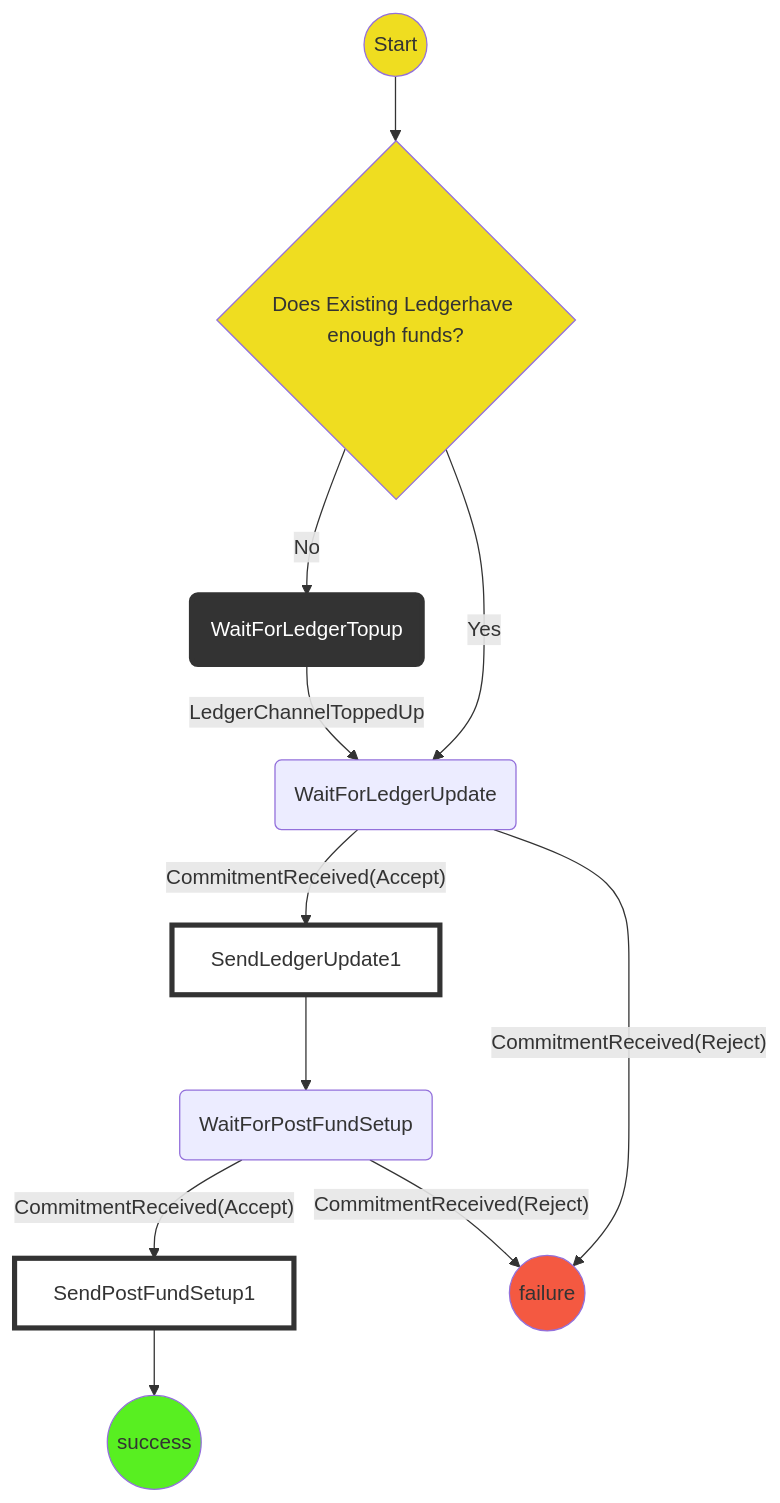
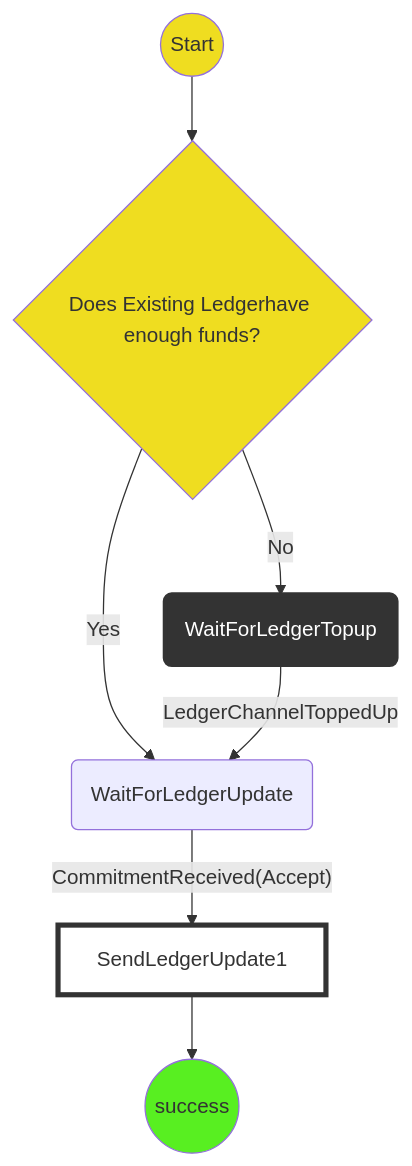
The second of 2 diagrams in packages/rps/packages/wallet/src/redux/protocols/existing-ledger-funding/readme.md (statechannels/statechannels), drawn with Mermaid before and after one commit. The commit also changed other lines of this file and 68 other files, not shown here.

````diff
--- a/packages/rps/packages/wallet/src/redux/protocols/existing-ledger-funding/readme.md
+++ b/packages/rps/packages/wallet/src/redux/protocols/existing-ledger-funding/readme.md
@@ -42,24 +39,20 @@
 ```mermaid
   graph TD
   linkStyle default interpolate basis
   St((Start))-->L
   L{Does Existing Ledgerhave enough funds?}-->|No|LT(WaitForLedgerTopup)
   L{Does Existing Ledgerhave enough funds?}-->|Yes|WC(WaitForLedgerUpdate)
   LT-->|LedgerChannelToppedUp|WC(WaitForLedgerUpdate)
   WC-->|"CommitmentReceived(Accept)"|SC1[SendLedgerUpdate1]
-  SC1-->WP(WaitForPostFundSetup)
-  WP-->|"CommitmentReceived(Accept)"|SP1[SendPostFundSetup1]
-  SP1-->Su((success))
-  WC-->|"CommitmentReceived(Reject)"|F((failure))
-  WP-->|"CommitmentReceived(Reject)"|F((failure))
+  SC1-->Su((success))
   classDef logic fill:#efdd20;
   classDef Success fill:#58ef21;
   classDef Failure fill:#f45941;
   classDef WaitForChildProtocol stroke:#333,stroke-width:4px,color:#ffff,fill:#333;
   classDef NotAState stroke:#333,stroke-width:4px,fill:#0000;
   class St,L logic;
   class Su Success;
   class F Failure;
   class LT WaitForChildProtocol;
   class SC1,SP1 NotAState
 ```
````
